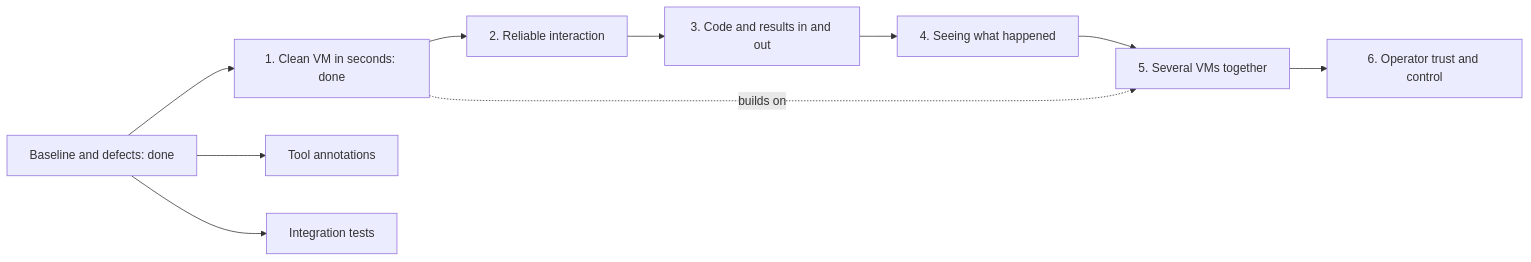
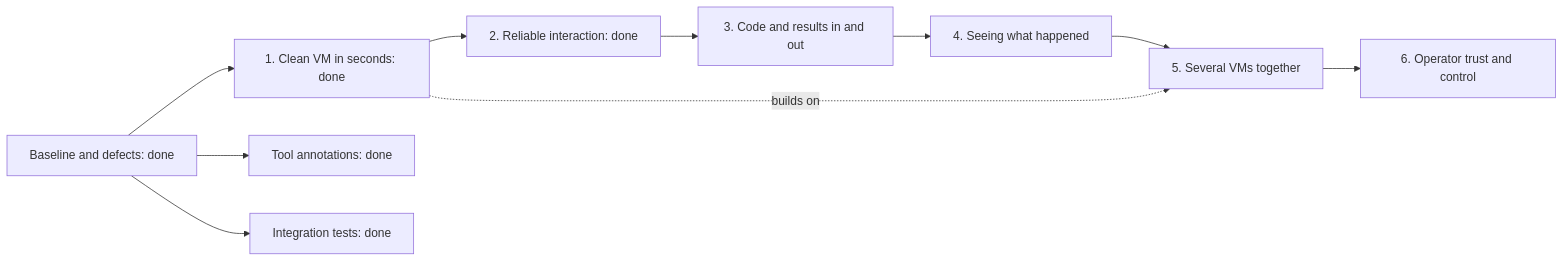
Before and after one commit to jonatsu/virt-manager-mcp: the diagram in docs/plans/fork-roadmap.md, drawn with Mermaid. The commit also changed other lines of this file, not shown here.

First line of the commit message:
docs(roadmap): condense done items and close follow-up 6

````diff
--- a/docs/plans/fork-roadmap.md
+++ b/docs/plans/fork-roadmap.md
@@ -14,12 +13,12 @@
 ```mermaid
 flowchart LR
   B[Baseline and defects: done] --> O1[1. Clean VM in seconds: done]
-  O1 --> O2[2. Reliable interaction]
+  O1 --> O2[2. Reliable interaction: done]
   O2 --> O3[3. Code and results in and out]
   O3 --> O4[4. Seeing what happened]
   O4 --> O5[5. Several VMs together]
   O5 --> O6[6. Operator trust and control]
   O1 -. builds on .-> O5
-  B --> A[Tool annotations]
-  B --> IT[Integration tests]
+  B --> A[Tool annotations: done]
+  B --> IT[Integration tests: done]
 ```
````
